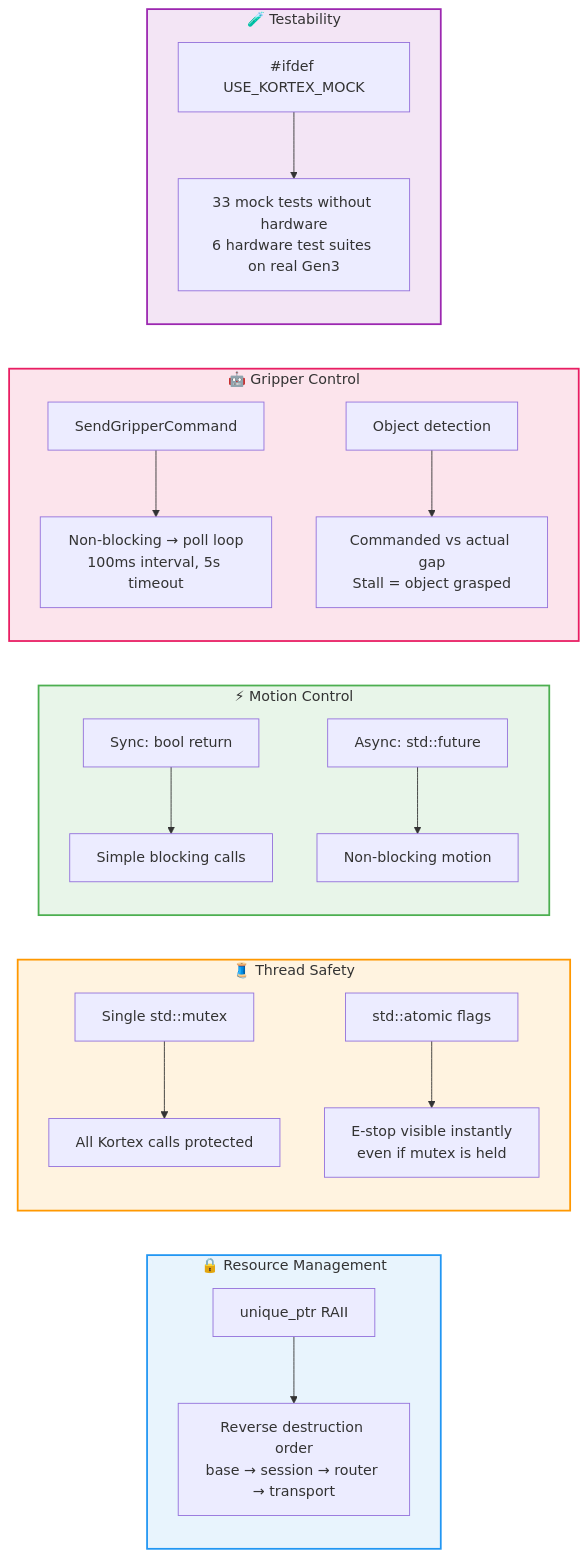
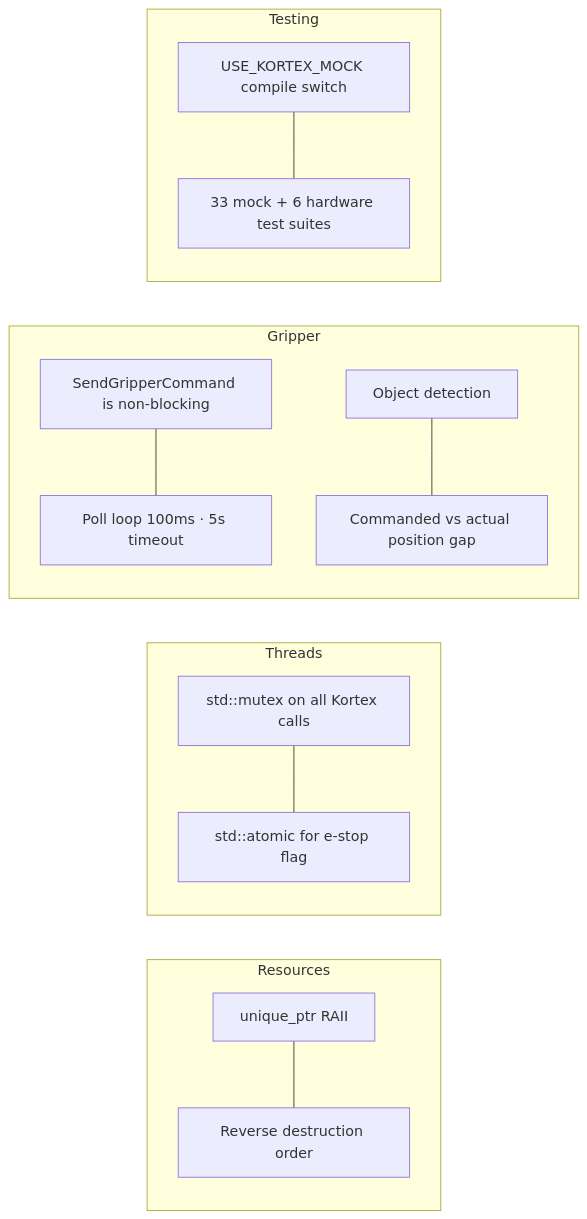
One commit to Sahilnarola-1007/kinova-wrapper changed the second of 2 diagrams in README.md. Above: the diagram before and after it, drawn with Mermaid. The commit also changed other lines of this file, not shown here.

````diff
--- a/README.md
+++ b/README.md
@@ -94,31 +80,19 @@
 ```mermaid
 graph LR
-    subgraph Resource["🔒 Resource Management"]
-        R1["unique_ptr RAII"] --> R2["Reverse destruction order<br/>base → session → router → transport"]
+    subgraph Resources
+        R1[unique_ptr RAII] --- R2[Reverse destruction order]
     end
 
-    subgraph Thread["🧵 Thread Safety"]
-        T1["Single std::mutex"] --> T2["All Kortex calls protected"]
-        T3["std::atomic flags"] --> T4["E-stop visible instantly<br/>even if mutex is held"]
+    subgraph Threads
+        T1[std::mutex on all Kortex calls] --- T2[std::atomic for e-stop flag]
     end
 
-    subgraph Motion["⚡ Motion Control"]
-        M1["Sync: bool return"] --> M2["Simple blocking calls"]
-        M3["Async: std::future"] --> M4["Non-blocking motion"]
+    subgraph Gripper
+        G1[SendGripperCommand is non-blocking] --- G2[Poll loop 100ms · 5s timeout]
+        G3[Object detection] --- G4[Commanded vs actual position gap]
     end
 
-    subgraph Gripper["🤖 Gripper Control"]
-        G1["SendGripperCommand"] --> G2["Non-blocking → poll loop<br/>100ms interval, 5s timeout"]
-        G3["Object detection"] --> G4["Commanded vs actual gap<br/>Stall = object grasped"]
+    subgraph Testing
+        TE1[USE_KORTEX_MOCK compile switch] --- TE2[33 mock + 6 hardware test suites]
     end
-
-    subgraph Testing["🧪 Testability"]
-        TE1["#ifdef USE_KORTEX_MOCK"] --> TE2["33 mock tests without hardware<br/>6 hardware test suites on real Gen3"]
-    end
-
-    style Resource fill:#e8f4fd,stroke:#2196F3,stroke-width:2px
-    style Thread fill:#fff3e0,stroke:#FF9800,stroke-width:2px
-    style Motion fill:#e8f5e9,stroke:#4CAF50,stroke-width:2px
-    style Gripper fill:#fce4ec,stroke:#E91E63,stroke-width:2px
-    style Testing fill:#f3e5f5,stroke:#9C27B0,stroke-width:2px
 ```
````
